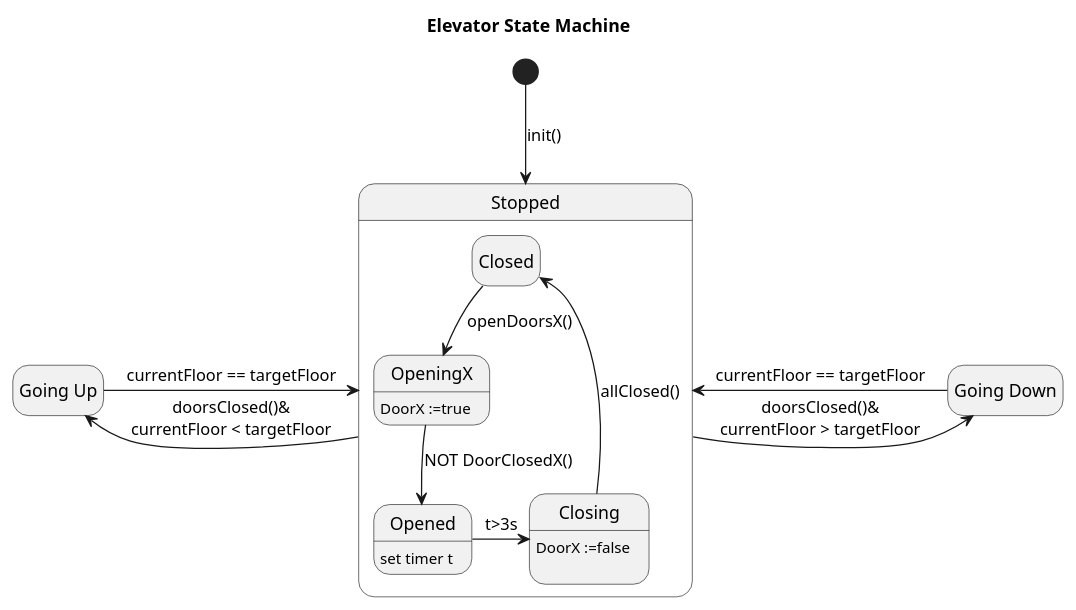
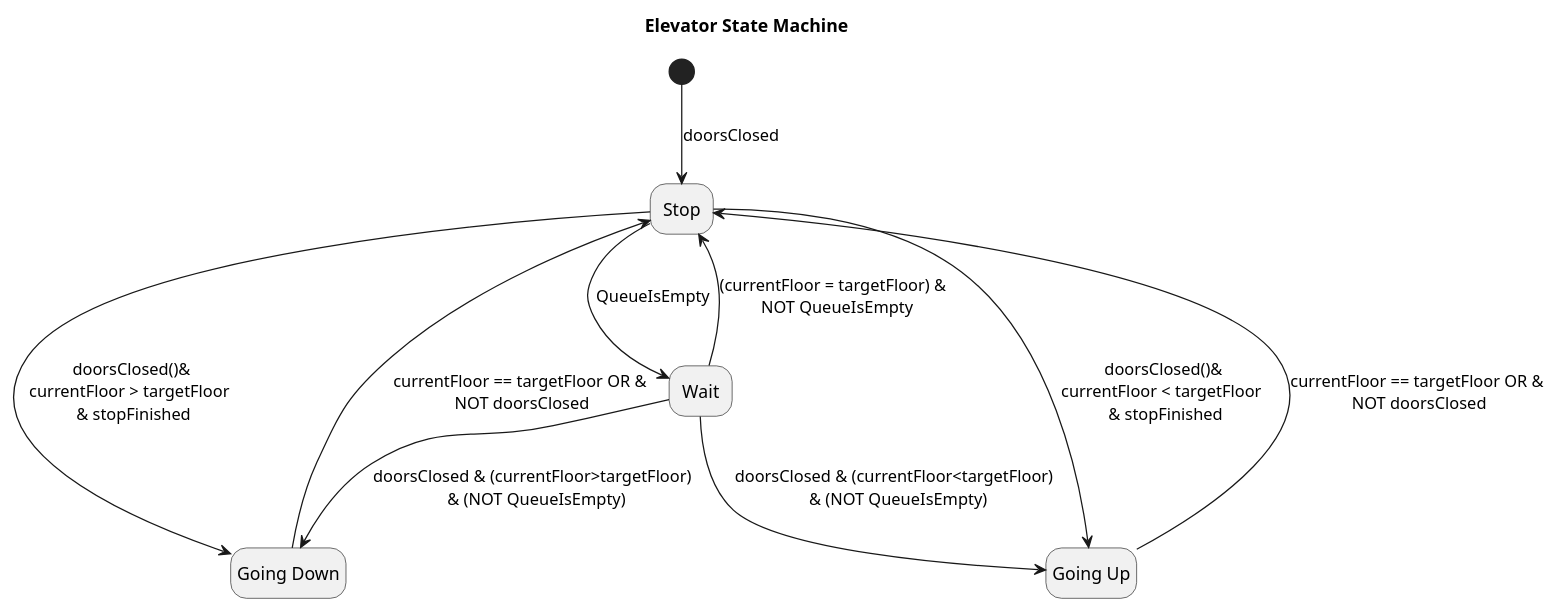
The diagram in Documentation/diagrams/src/state_diagram.wsd (SaintOfTheSaw/Soft_design_for_ind_automation_ltu), drawn with PlantUML before and after one commit. The commit also changed 22 other files, not shown here.

```diff
--- a/Documentation/diagrams/src/state_diagram.wsd
+++ b/Documentation/diagrams/src/state_diagram.wsd
@@ -1,46 +1,30 @@
 @startuml 
 title Elevator State Machine
 hide empty description
 
 
 
 
 
-state "Stopped" as Stop
+state "Stop" as Stop
 state "Going Up" as GU
 state "Going Down" as GD
+state "Wait" as W
 
-[*]-->Stop: init()
-Stop -left-> GU : doorsClosed()&\ncurrentFloor < targetFloor
-GU -right-> Stop : currentFloor == targetFloor
+[*]-->Stop: doorsClosed
+Stop -left-> GU : doorsClosed()&\ncurrentFloor < targetFloor \n & stopFinished
+GU -right-> Stop : currentFloor == targetFloor OR &\n NOT doorsClosed
 
-Stop -right-> GD : doorsClosed()&\ncurrentFloor > targetFloor
-GD -left-> Stop : currentFloor == targetFloor
+Stop -right-> GD : doorsClosed()&\ncurrentFloor > targetFloor \n & stopFinished
+GD -left-> Stop : currentFloor == targetFloor OR &\n NOT doorsClosed
 
+Stop -down-> W : QueueIsEmpty
+W -up-> Stop : (currentFloor = targetFloor) & \n NOT QueueIsEmpty
 
-state Stop{
-    State "Closed" as Closed
-    State "OpeningX" as O0
-    State "Opened" as Opened
-    State "Closing" as Closing
-    O0: DoorX :=true
-    
+W--> GU : doorsClosed & (currentFloor<targetFloor) \n & (NOT QueueIsEmpty)
+W--> GD : doorsClosed & (currentFloor>targetFloor) \n & (NOT QueueIsEmpty)
 
-   Closed-->O0:openDoorsX()
-   
-   O0-->Opened:NOT DoorClosedX()
-   
-   Opened-right->Closing: t>3s
-    Opened: set timer t
-
-   Closing-left->Closed: allClosed()
-
-   Closing:DoorX :=false\n
-    
-    
-
-}  
 
 
 
 @enduml
```
